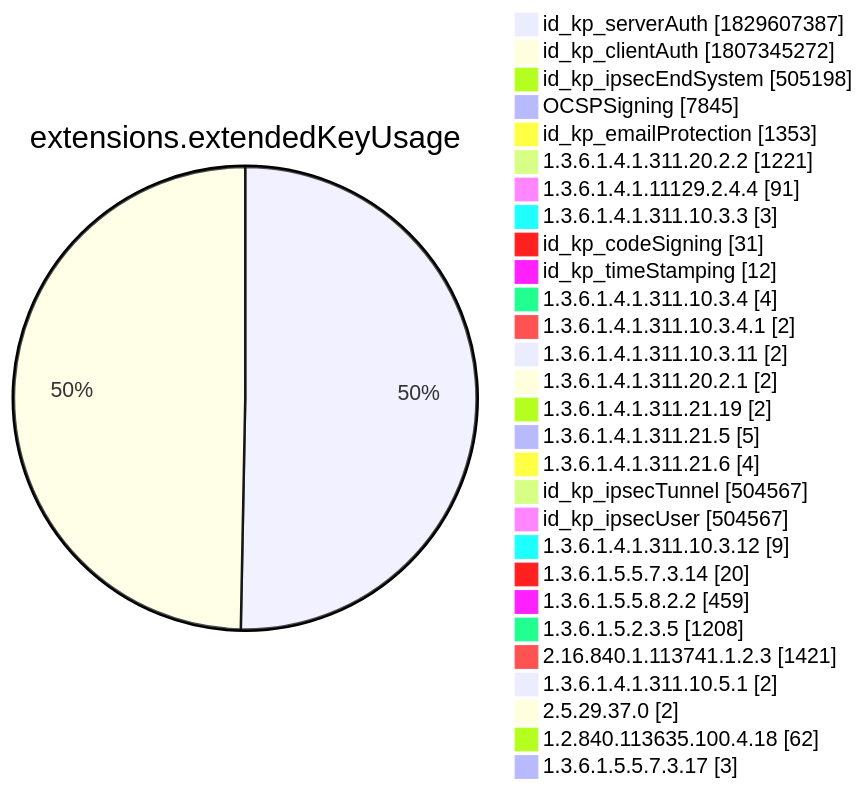
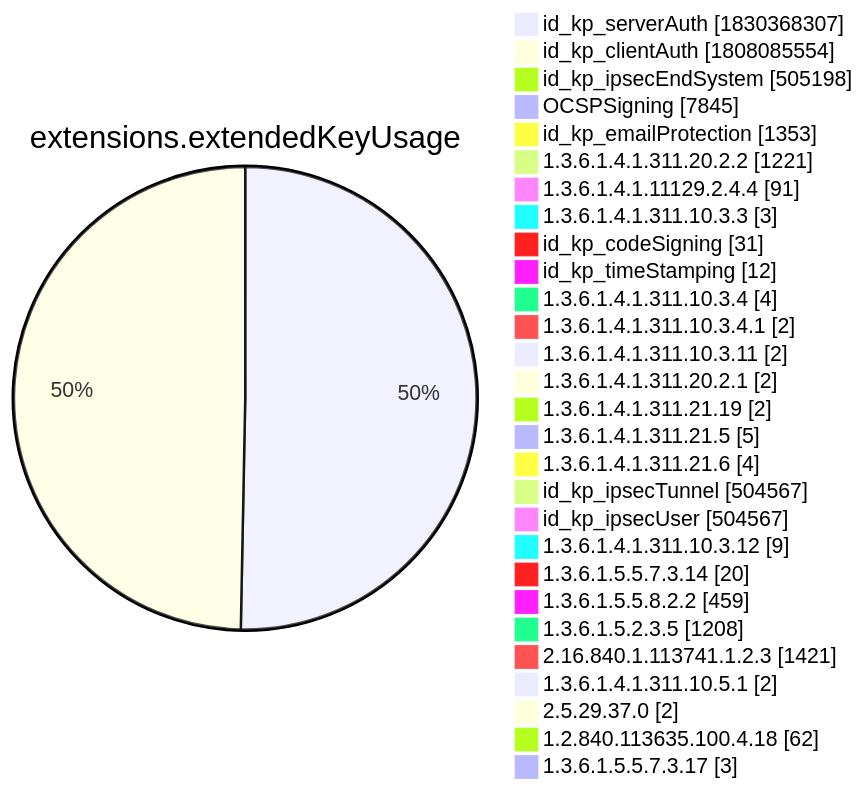
Before and after one commit to christiankrug/ctmonitor_visualization: diagram 12 of 15 in xenon2022/README.md, drawn with Mermaid. The commit also changed other lines of this file, not shown here.

````diff
--- a/xenon2022/README.md
+++ b/xenon2022/README.md
@@ -3895,32 +3896,32 @@
 ```mermaid
 pie showData
 title extensions.extendedKeyUsage
-"id_kp_serverAuth" :1829607387
-"id_kp_clientAuth" :1807345272
+"id_kp_serverAuth" :1830368307
+"id_kp_clientAuth" :1808085554
 "id_kp_ipsecEndSystem" :505198
 "OCSPSigning" :7845
 "id_kp_emailProtection" :1353
 "1.3.6.1.4.1.311.20.2.2" :1221
 "1.3.6.1.4.1.11129.2.4.4" :91
 "1.3.6.1.4.1.311.10.3.3" :3
 "id_kp_codeSigning" :31
 "id_kp_timeStamping" :12
 "1.3.6.1.4.1.311.10.3.4" :4
 "1.3.6.1.4.1.311.10.3.4.1" :2
 "1.3.6.1.4.1.311.10.3.11" :2
 "1.3.6.1.4.1.311.20.2.1" :2
 "1.3.6.1.4.1.311.21.19" :2
 "1.3.6.1.4.1.311.21.5" :5
 "1.3.6.1.4.1.311.21.6" :4
 "id_kp_ipsecTunnel" :504567
 "id_kp_ipsecUser" :504567
 "1.3.6.1.4.1.311.10.3.12" :9
 "1.3.6.1.5.5.7.3.14" :20
 "1.3.6.1.5.5.8.2.2" :459
 "1.3.6.1.5.2.3.5" :1208
 "2.16.840.1.113741.1.2.3" :1421
 "1.3.6.1.4.1.311.10.5.1" :2
 "2.5.29.37.0" :2
 "1.2.840.113635.100.4.18" :62
 "1.3.6.1.5.5.7.3.17" :3
 ```
````
